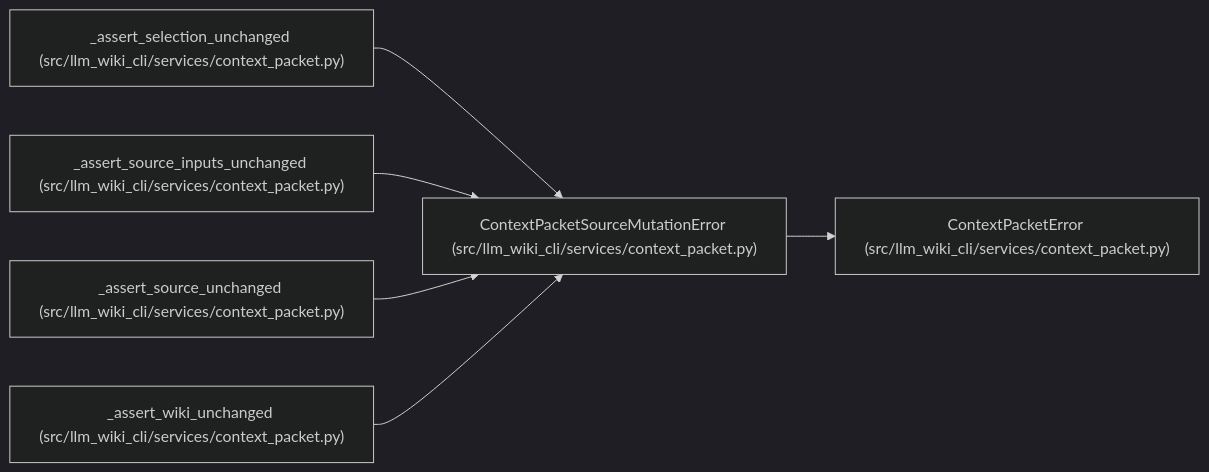
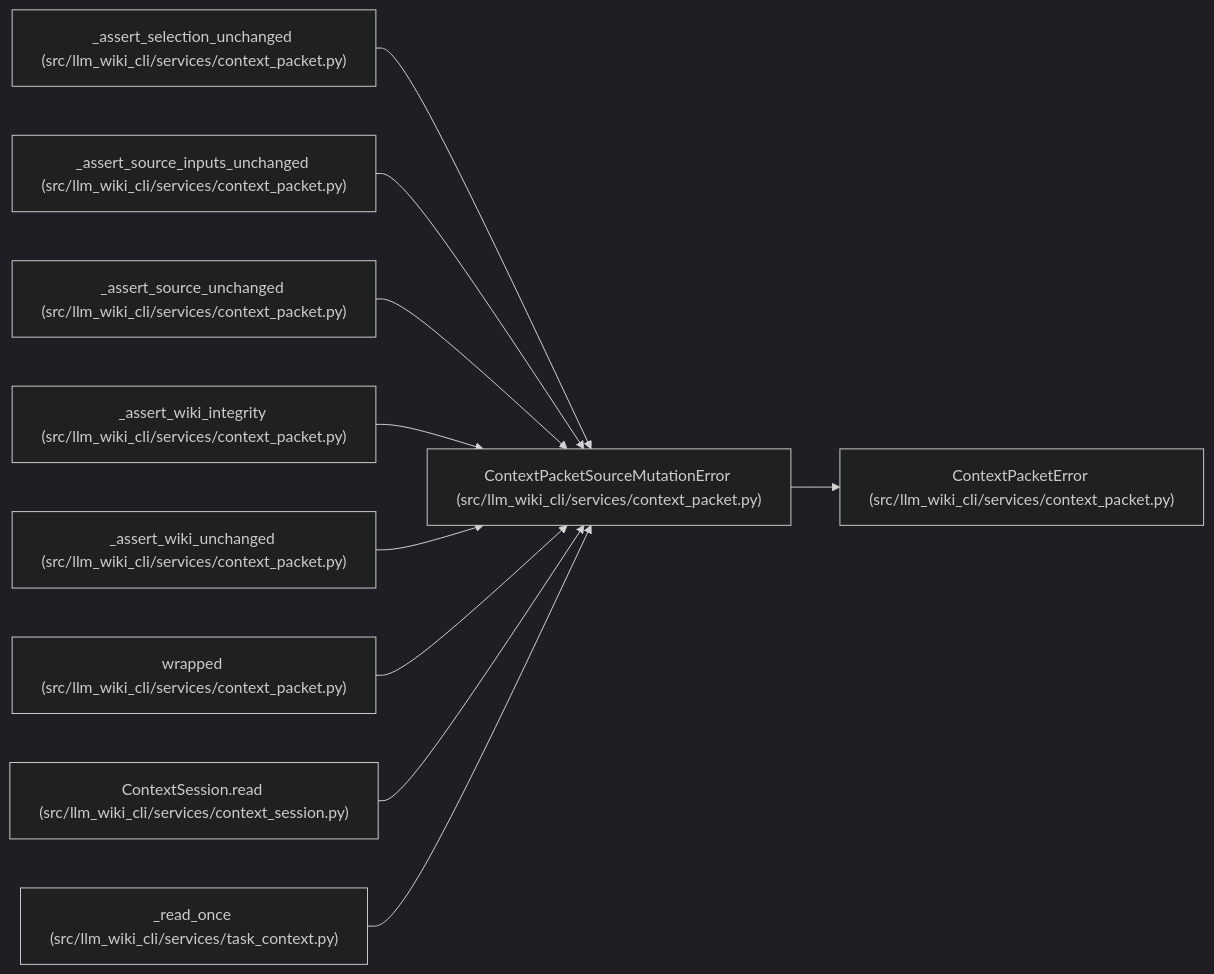
One commit to Denissvgn/python-wiki-llm changed the diagram in docs/llm_wiki/entities/ContextPacketSourceMutationError.md. Above: the diagram before and after it, drawn with Mermaid (dark theme). The commit also changed other lines of this file and 279 other files, not shown here.

````diff
--- a/docs/llm_wiki/entities/ContextPacketSourceMutationError.md
+++ b/docs/llm_wiki/entities/ContextPacketSourceMutationError.md
@@ -25,20 +25,32 @@
 ```mermaid
 flowchart LR
     n0["ContextPacketSourceMutationError (src/llm_wiki_cli/services/context_packet.py)"]
     n1["ContextPacketError (src/llm_wiki_cli/services/context_packet.py)"]
     n2["_assert_selection_unchanged (src/llm_wiki_cli/services/context_packet.py)"]
     n3["_assert_source_inputs_unchanged (src/llm_wiki_cli/services/context_packet.py)"]
     n4["_assert_source_unchanged (src/llm_wiki_cli/services/context_packet.py)"]
-    n5["_assert_wiki_unchanged (src/llm_wiki_cli/services/context_packet.py)"]
+    n5["_assert_wiki_integrity (src/llm_wiki_cli/services/context_packet.py)"]
+    n6["_assert_wiki_unchanged (src/llm_wiki_cli/services/context_packet.py)"]
+    n7["wrapped (src/llm_wiki_cli/services/context_packet.py)"]
+    n8["ContextSession.read (src/llm_wiki_cli/services/context_session.py)"]
+    n9["_read_once (src/llm_wiki_cli/services/task_context.py)"]
     n0 --> n1
     n2 --> n0
     n3 --> n0
     n4 --> n0
     n5 --> n0
+    n6 --> n0
+    n7 --> n0
+    n8 --> n0
+    n9 --> n0
     click n0 "../modules/context_packet.md"
     click n1 "../modules/context_packet.md"
     click n2 "../modules/context_packet.md"
     click n3 "../modules/context_packet.md"
     click n4 "../modules/context_packet.md"
     click n5 "../modules/context_packet.md"
+    click n6 "../modules/context_packet.md"
+    click n7 "../modules/context_packet.md"
+    click n8 "../modules/context_session.md"
+    click n9 "../modules/task_context.md"
 ```
````
